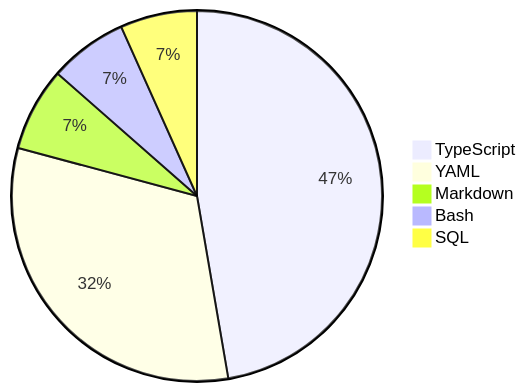
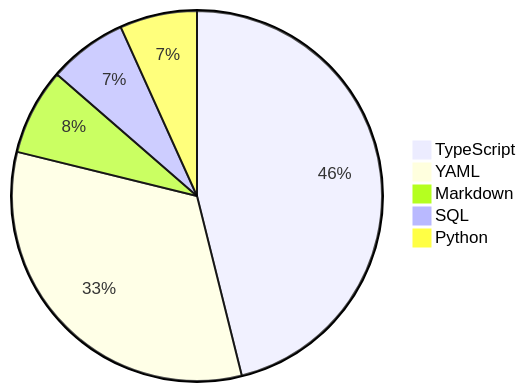
The diagram in README.md (skvggor/skvggor), drawn with Mermaid before and after one commit.

Commit message:
Updated waka-readme graph with new metrics

````diff
--- a/README.md
+++ b/README.md
@@ -16,8 +16,8 @@
 ```mermaid
 pie
-    "TypeScript" : 40.2
-    "YAML" : 27.1
-    "Markdown" : 6.2
-    "Bash" : 5.8
-    "SQL" : 5.7
+    "TypeScript" : 40.3
+    "YAML" : 28.6
+    "Markdown" : 6.6
+    "SQL" : 6.0
+    "Python" : 5.9
 ```
````
